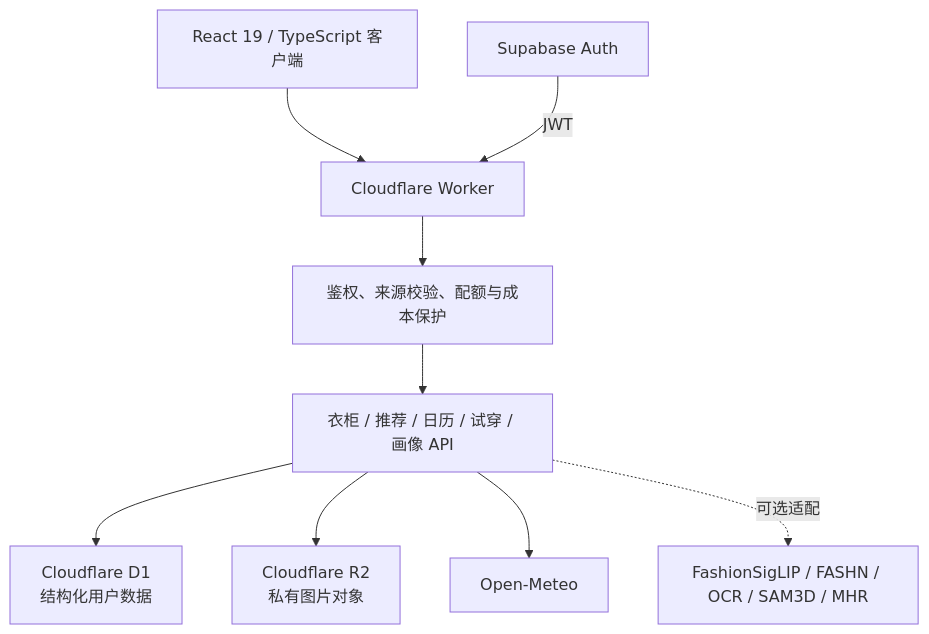
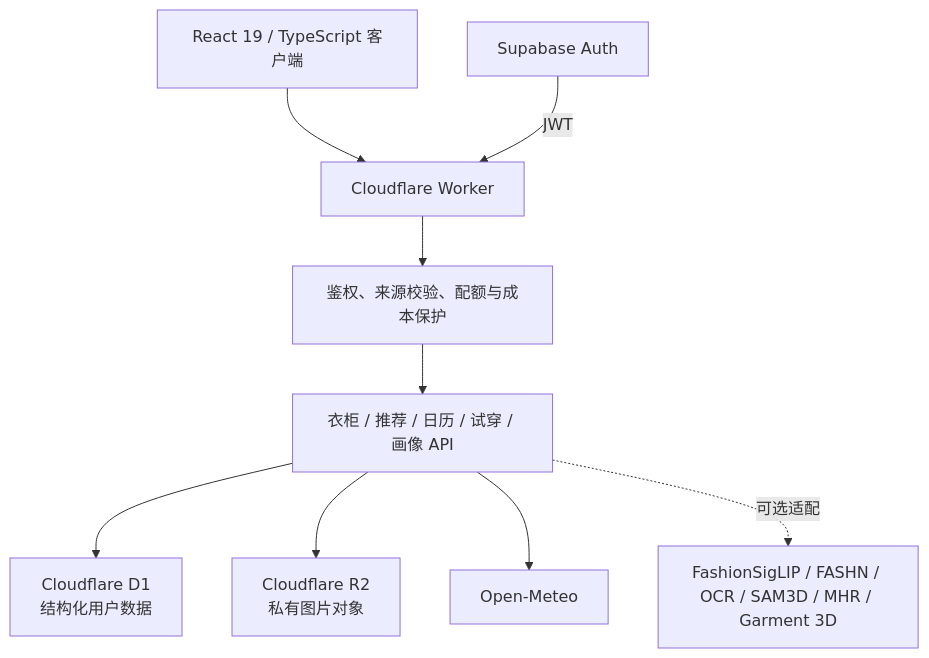
Before and after one commit to XinyuGao888/muse-closet-ai: the second of 2 diagrams in README.md, drawn with Mermaid. The commit also changed other lines of this file and 11 other files, not shown here.

````diff
--- a/README.md
+++ b/README.md
@@ -106,11 +106,11 @@
 ```mermaid
 flowchart TB
   U["React 19 / TypeScript 客户端"] --> W["Cloudflare Worker"]
   S["Supabase Auth"] -->|"JWT"| W
   W --> A["鉴权、来源校验、配额与成本保护"]
   A --> API["衣柜 / 推荐 / 日历 / 试穿 / 画像 API"]
   API --> D1["Cloudflare D1\n结构化用户数据"]
   API --> R2["Cloudflare R2\n私有图片对象"]
   API --> OM["Open-Meteo"]
-  API -. "可选适配" .-> AI["FashionSigLIP / FASHN / OCR / SAM3D / MHR"]
+  API -. "可选适配" .-> AI["FashionSigLIP / FASHN / OCR / SAM3D / MHR / Garment 3D"]
 ```
````
